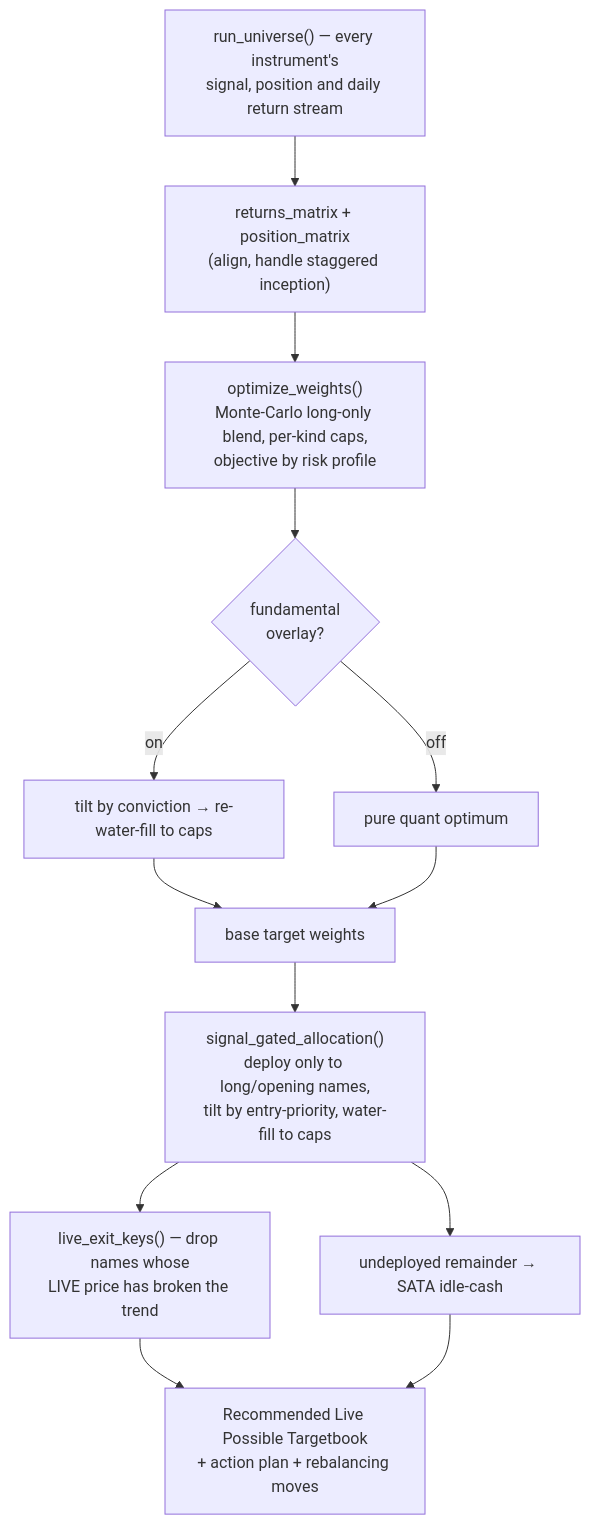
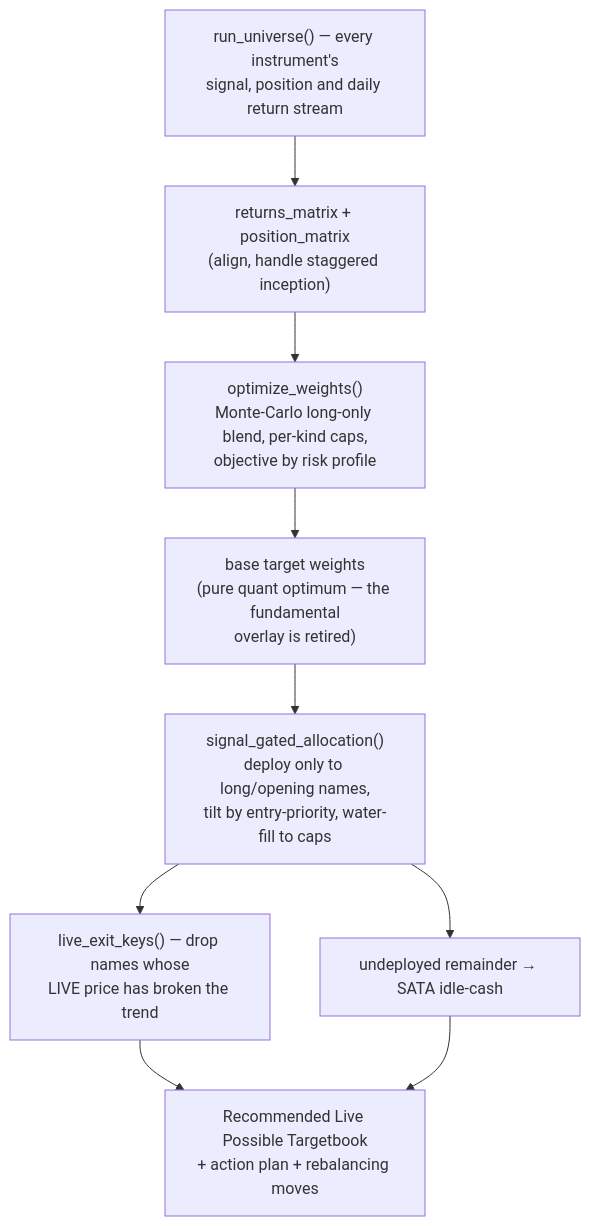
One commit to yoursprerit/btc-range-model changed the diagram in OVERALL_STRATEGY.md. Above: the diagram before and after it, drawn with Mermaid. The commit also changed other lines of this file and 2 other files, not shown here.

````diff
--- a/OVERALL_STRATEGY.md
+++ b/OVERALL_STRATEGY.md
@@ -83,15 +83,11 @@
 ```mermaid
 flowchart TD
     A["run_universe() — every instrument's<br/>signal, position and daily return stream"] --> B["returns_matrix + position_matrix<br/>(align, handle staggered inception)"]
     B --> C["optimize_weights()<br/>Monte-Carlo long-only blend, per-kind caps,<br/>objective by risk profile"]
-    C --> D{"fundamental<br/>overlay?"}
-    D -- on --> E["tilt by conviction → re-water-fill to caps"]
-    D -- off --> F["pure quant optimum"]
-    E --> G["base target weights"]
-    F --> G
+    C --> G["base target weights<br/>(pure quant optimum — the fundamental<br/>overlay is retired)"]
     G --> H["signal_gated_allocation()<br/>deploy only to long/opening names,<br/>tilt by entry-priority, water-fill to caps"]
     H --> I["undeployed remainder → SATA idle-cash"]
     H --> J["live_exit_keys() — drop names whose<br/>LIVE price has broken the trend"]
     J --> K["Recommended Live Possible Targetbook<br/>+ action plan + rebalancing moves"]
     I --> K
 ```
````
